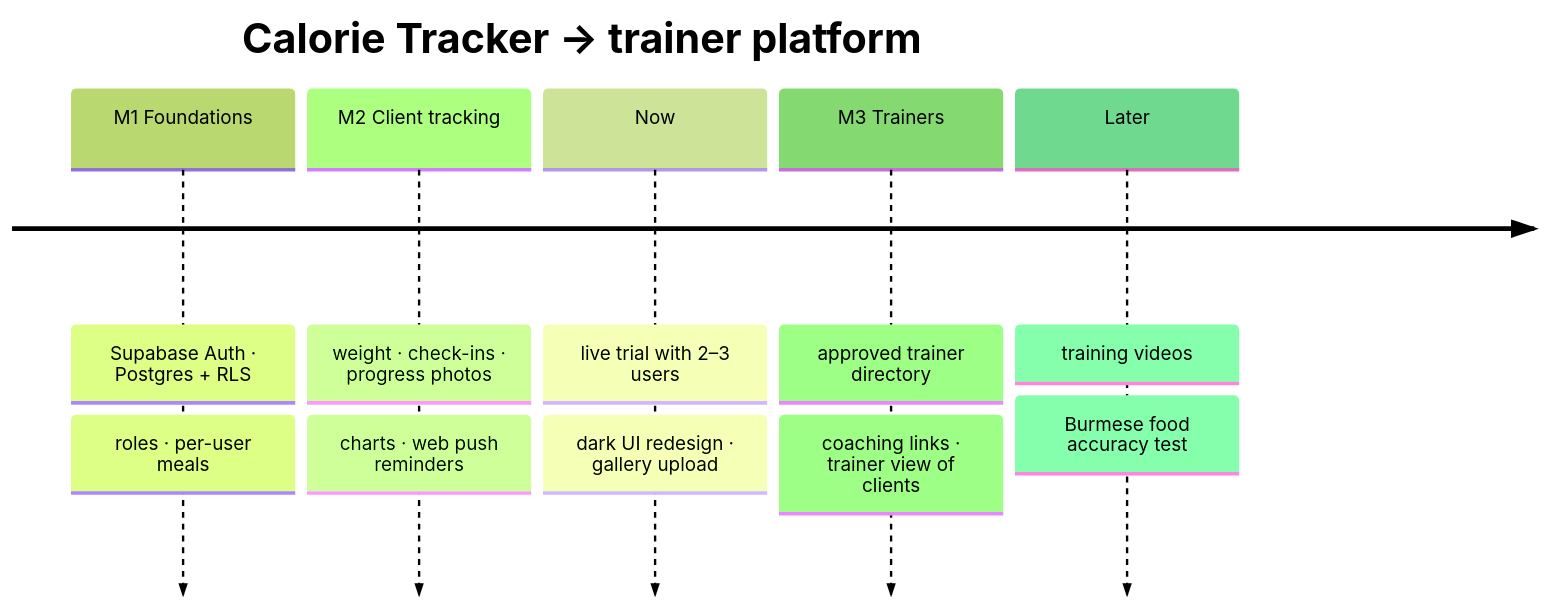
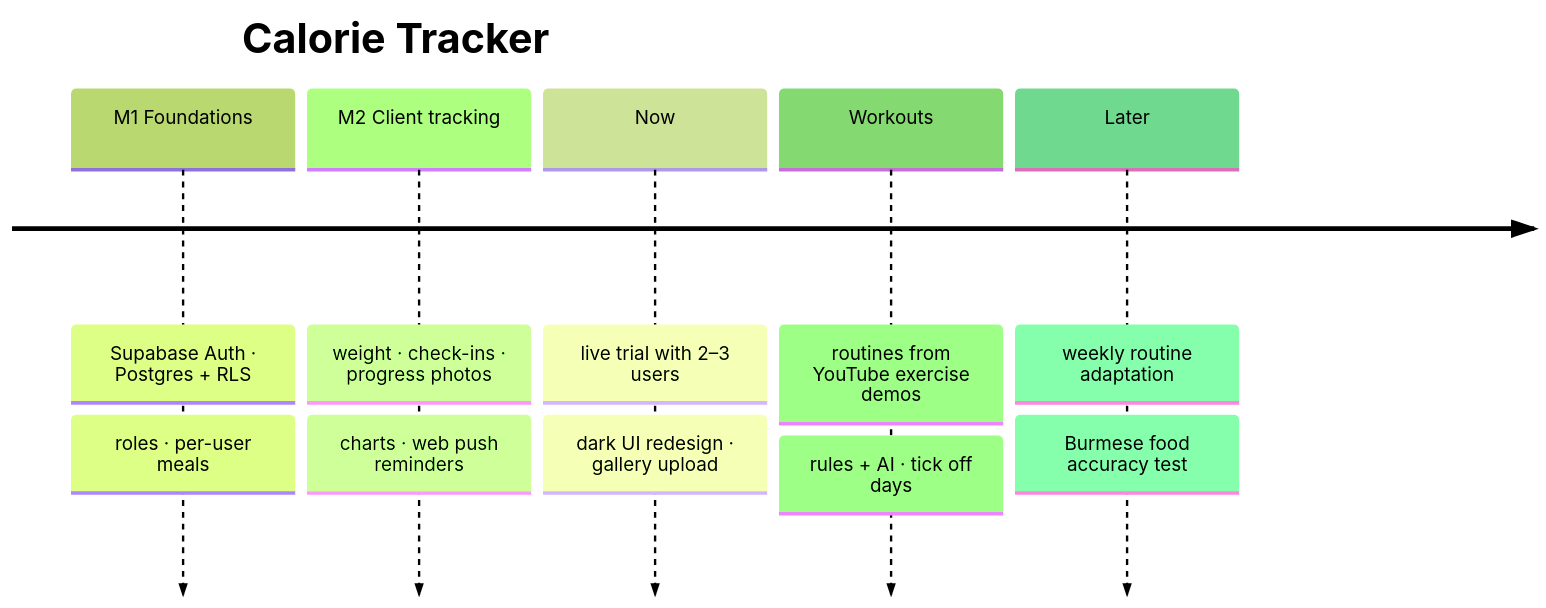
One commit to htetmyet19/calorie-tracker changed the third of 3 diagrams in README.md. Above: the diagram before and after it, drawn with Mermaid (forest theme). The commit also changed other lines of this file, not shown here.

Commit message:
docs: workout routines in README

````diff
--- a/README.md
+++ b/README.md
@@ -193,9 +208,9 @@
 ```mermaid
 timeline
-    title Calorie Tracker → trainer platform
+    title Calorie Tracker
     M1 Foundations : Supabase Auth · Postgres + RLS : roles · per-user meals
     M2 Client tracking : weight · check-ins · progress photos : charts · web push reminders
     Now : live trial with 2–3 users : dark UI redesign · gallery upload
-    M3 Trainers : approved trainer directory : coaching links · trainer view of clients
-    Later : training videos : Burmese food accuracy test
+    Workouts : routines from YouTube exercise demos : rules + AI · tick off days
+    Later : weekly routine adaptation : Burmese food accuracy test
 ```
````
